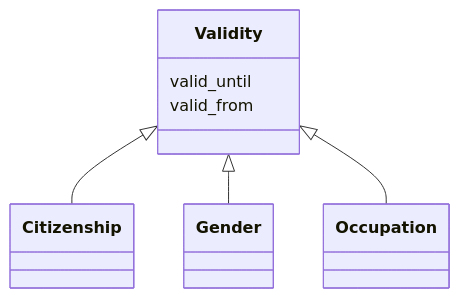
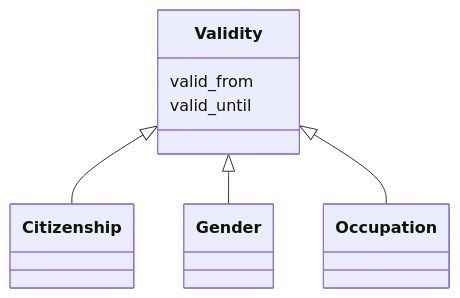
The diagram in ech-0294_actors/output/docs/Validity.md (swiss/political-affairs-ech-group), drawn with Mermaid before and after one commit. The commit also changed other lines of this file and 35 other files, not shown here.

````diff
--- a/ech-0294_actors/output/docs/Validity.md
+++ b/ech-0294_actors/output/docs/Validity.md
@@ -13,17 +13,17 @@
 ```mermaid
  classDiagram
     class Validity
     click Validity href "../Validity/"
       Validity <|-- Citizenship
         click Citizenship href "../Citizenship/"
       Validity <|-- Gender
         click Gender href "../Gender/"
       Validity <|-- Occupation
         click Occupation href "../Occupation/"
       
+      Validity : valid_from
+        
       Validity : valid_until
-        
-      Validity : valid_from
         
       
 ```
````
